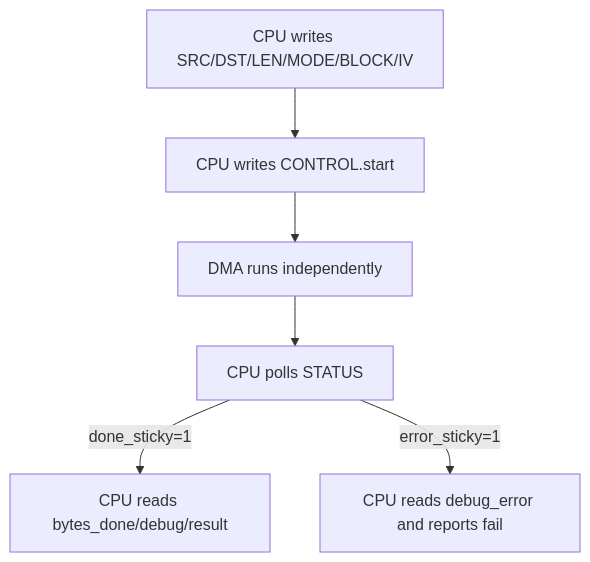
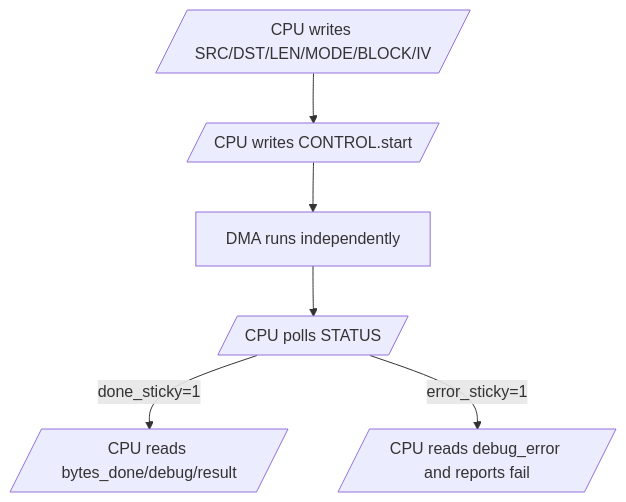
Before and after one commit to ngoquocan139/AES_huffman_all6: the fourth of 6 diagrams in docs/29_defense_qa_code_focus_spec.md, drawn with Mermaid. The commit also changed other lines of this file and 28 other files, not shown here.

````diff
--- a/docs/29_defense_qa_code_focus_spec.md
+++ b/docs/29_defense_qa_code_focus_spec.md
@@ -96,8 +96,8 @@
 ```mermaid
 flowchart TD
-    A["CPU writes SRC/DST/LEN/MODE/BLOCK/IV"] --> B["CPU writes CONTROL.start"]
+    A[/"CPU writes SRC/DST/LEN/MODE/BLOCK/IV"/] --> B[/"CPU writes CONTROL.start"/]
     B --> C["DMA runs independently"]
-    C --> D["CPU polls STATUS"]
-    D -->|done_sticky=1| E["CPU reads bytes_done/debug/result"]
-    D -->|error_sticky=1| F["CPU reads debug_error and reports fail"]
+    C --> D[/"CPU polls STATUS"/]
+    D -->|done_sticky=1| E[/"CPU reads bytes_done/debug/result"/]
+    D -->|error_sticky=1| F[/"CPU reads debug_error and reports fail"/]
 ```
````
